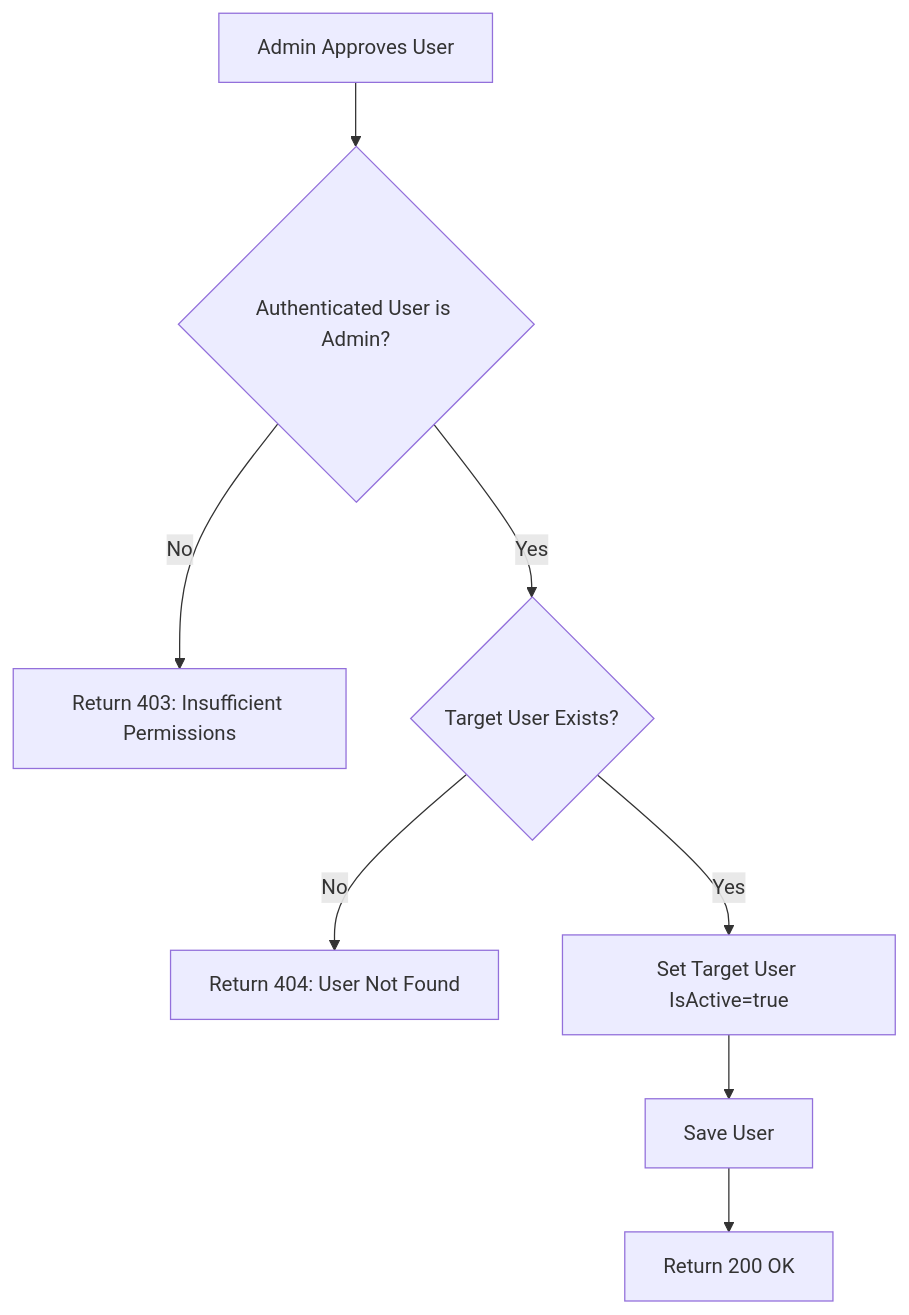
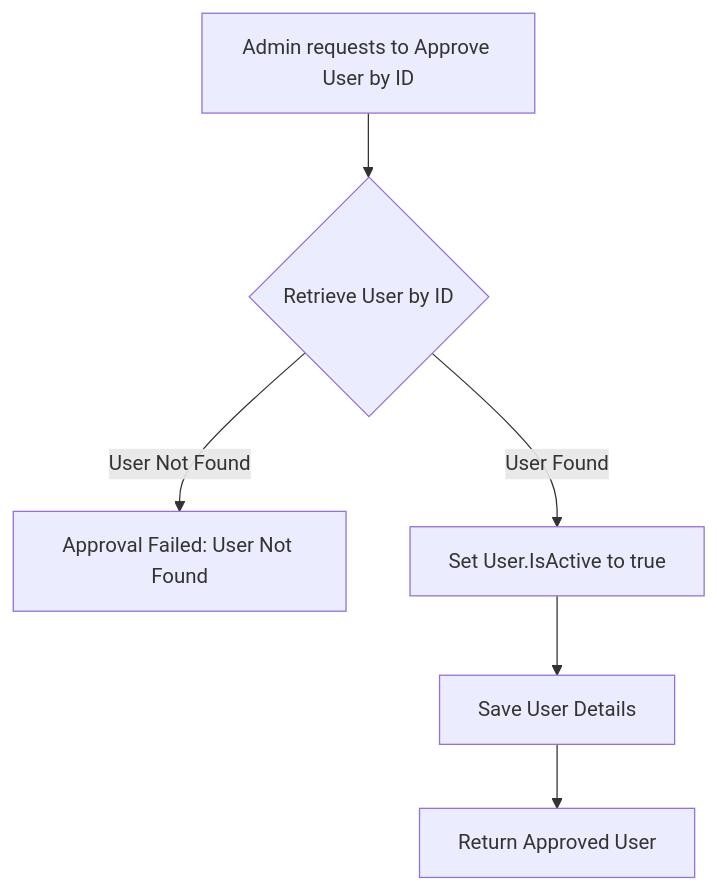
Before and after one commit to MuhibNayem/Quantify: the fifth of 40 diagrams in backend/docs/business_logic_details.md, drawn with Mermaid. The commit also changed other lines of this file, not shown here.

````diff
--- a/backend/docs/business_logic_details.md
+++ b/backend/docs/business_logic_details.md
@@ -99,10 +165,8 @@
 ```mermaid
 graph TD
-    A[Admin Approves User] --> B{Authenticated User is Admin?};
-    B -- No --> C[Return 403: Insufficient Permissions];
-    B -- Yes --> D{Target User Exists?};
-    D -- No --> E[Return 404: User Not Found];
-    D -- Yes --> F[Set Target User IsActive=true];
-    F --> G[Save User];
-    G --> H[Return 200 OK];
+    A[Admin requests to Approve User by ID] --> B{Retrieve User by ID};
+    B -- User Not Found --> C[Approval Failed: User Not Found];
+    B -- User Found --> D[Set User.IsActive to true];
+    D --> E[Save User Details];
+    E --> F[Return Approved User];
 ```
````
